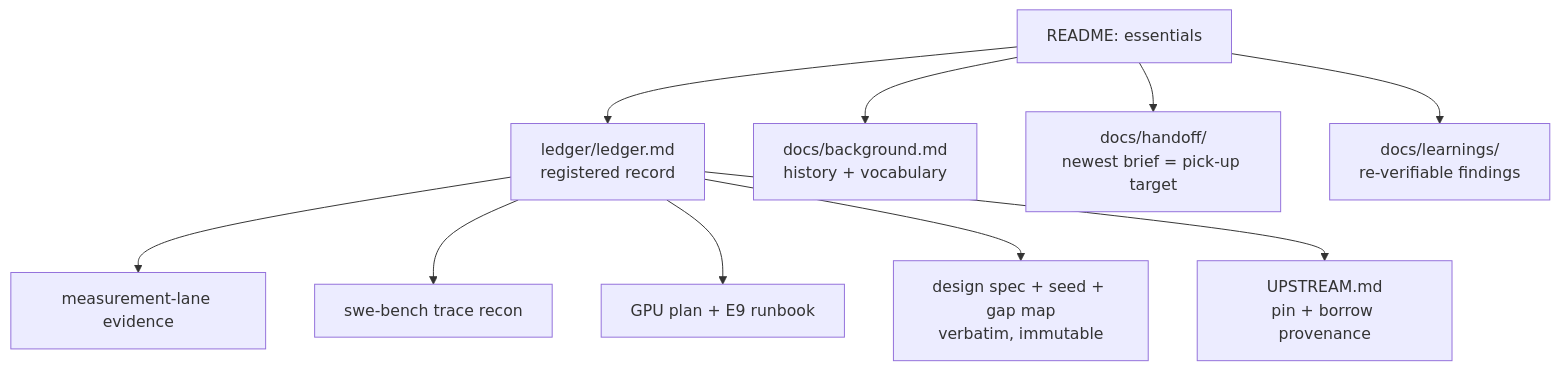
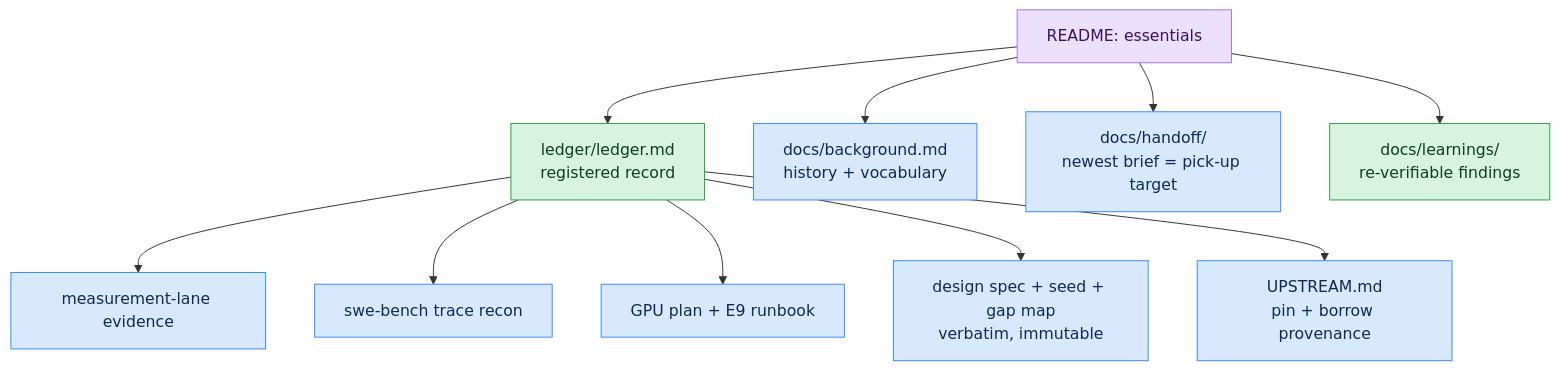
Before and after one commit to hossainpazooki/linear-ceiling: the seventh of 7 diagrams in README.md, drawn with Mermaid. The commit also changed other lines of this file, not shown here.

````diff
--- a/README.md
+++ b/README.md
@@ -200,12 +243,18 @@
 ```mermaid
 flowchart TD
     README[README: essentials] --> LED[ledger/ledger.md<br/>registered record]
     README --> BG[docs/background.md<br/>history + vocabulary]
     README --> HOF[docs/handoff/<br/>newest brief = pick-up target]
     README --> LRN[docs/learnings/<br/>re-verifiable findings]
     LED --> EV[measurement-lane evidence]
     LED --> RECON[swe-bench trace recon]
     LED --> PLAN[GPU plan + E9 runbook]
     LED --> SPEC[design spec + seed + gap map<br/>verbatim, immutable]
     LED --> UP[UPSTREAM.md<br/>pin + borrow provenance]
+    classDef here fill:#ecdfff,stroke:#a371f7,color:#3a1060;
+    classDef record fill:#d7f4de,stroke:#2ea043,color:#0f3d1e;
+    classDef doc fill:#d8e9ff,stroke:#388bfd,color:#0d2b52;
+    class README here;
+    class LED,LRN record;
+    class BG,HOF,EV,RECON,PLAN,SPEC,UP doc;
 ```
````
